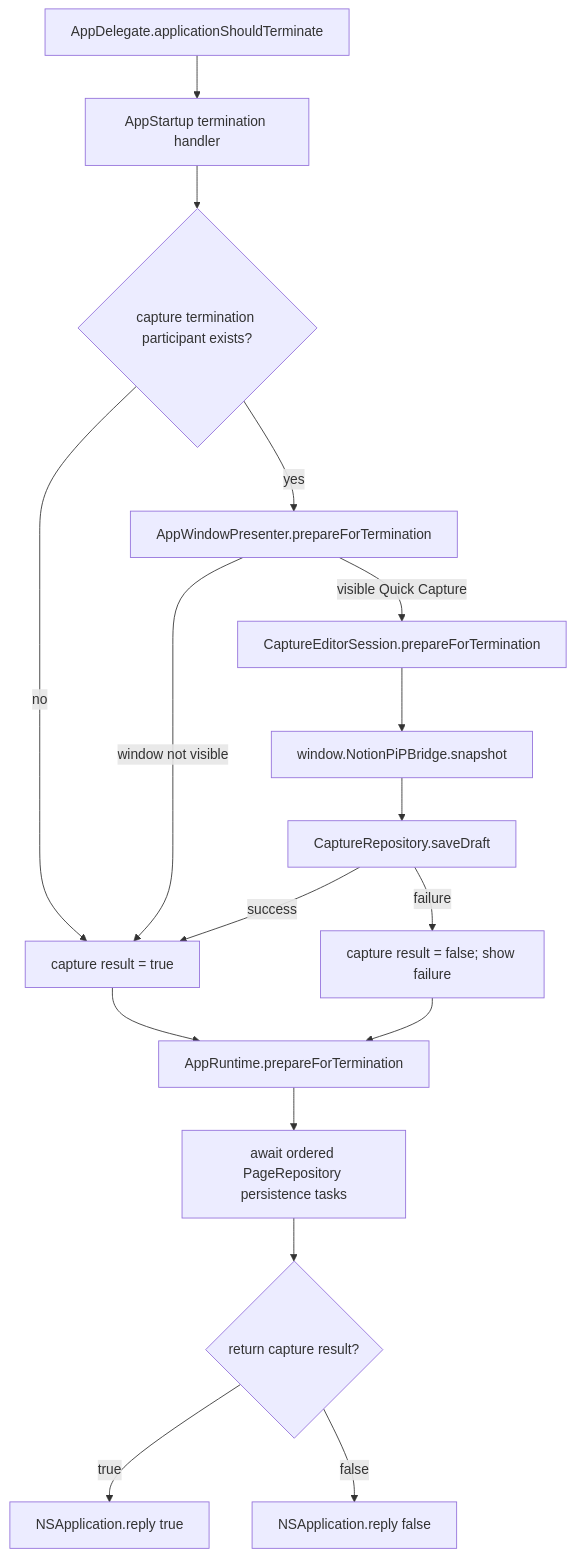
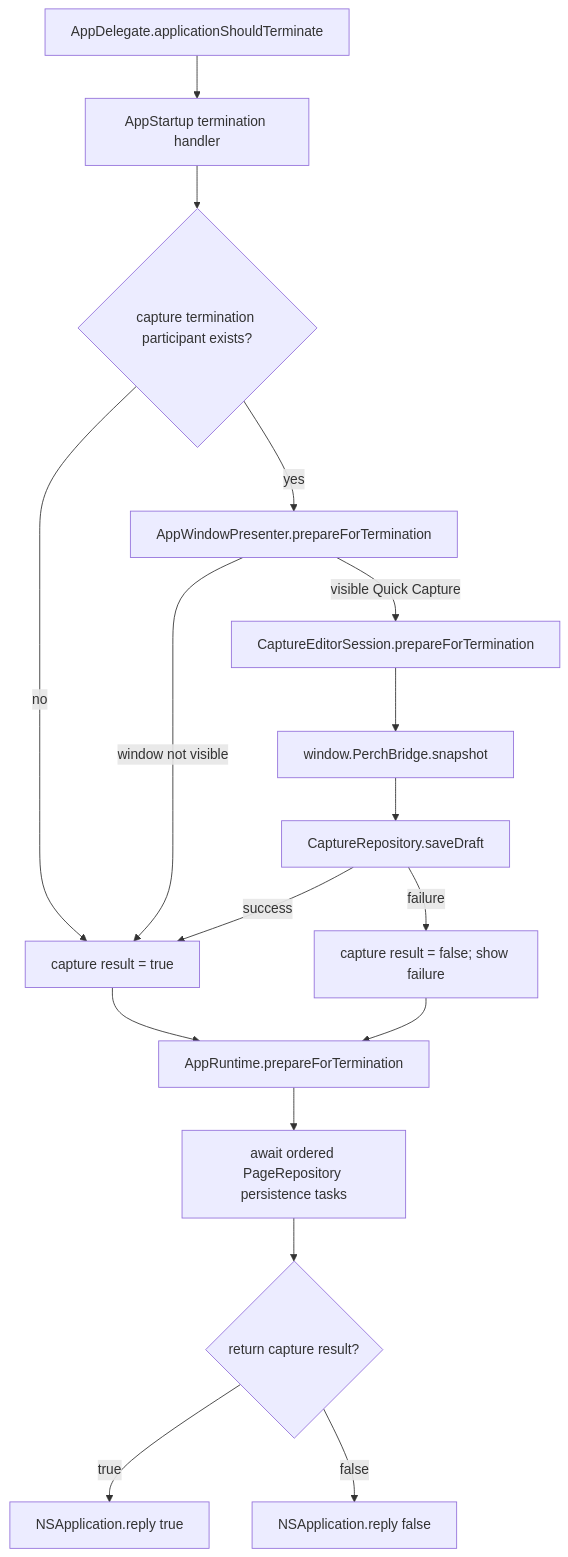
One commit to fantomsuj/notion-pip changed the fifth of 6 diagrams in docs/course/ARCHITECTURE_MAP.md. Above: the diagram before and after it, drawn with Mermaid. The commit also changed other lines of this file and 321 other files, not shown here.

Commit message:
Rename Notion PiP to Perch

````diff
--- a/docs/course/ARCHITECTURE_MAP.md
+++ b/docs/course/ARCHITECTURE_MAP.md
@@ -209,19 +209,19 @@
 ```mermaid
 flowchart TD
     A["AppDelegate.applicationShouldTerminate"] --> B["AppStartup termination handler"]
     B --> C{"capture termination participant exists?"}
     C -->|yes| D["AppWindowPresenter.prepareForTermination"]
     C -->|no| H["capture result = true"]
     D -->|visible Quick Capture| E["CaptureEditorSession.prepareForTermination"]
     D -->|window not visible| H
-    E --> F["window.NotionPiPBridge.snapshot"]
+    E --> F["window.PerchBridge.snapshot"]
     F --> G["CaptureRepository.saveDraft"]
     G -->|success| H
     G -->|failure| I["capture result = false; show failure"]
     H --> J["AppRuntime.prepareForTermination"]
     I --> J
     J --> K["await ordered PageRepository persistence tasks"]
     K --> L{"return capture result?"}
     L -->|true| M["NSApplication.reply true"]
     L -->|false| N["NSApplication.reply false"]
 ```
````
